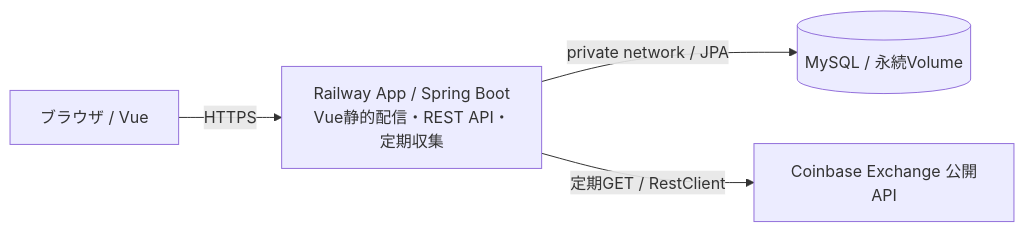
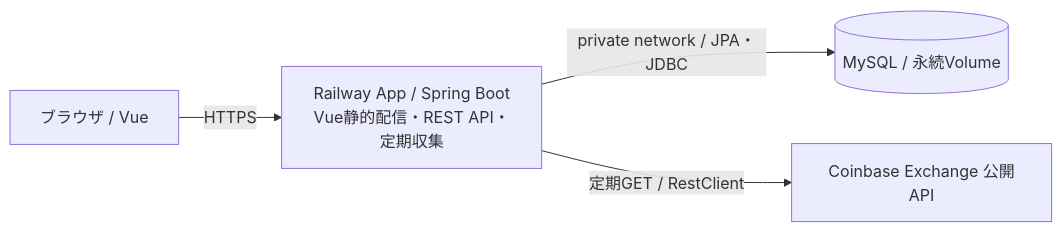
Before and after one commit to Omelette4897/crypto-market-monitor: the diagram in README.md, drawn with Mermaid. The commit also changed other lines of this file and 12 other files, not shown here.

````diff
--- a/README.md
+++ b/README.md
@@ -32,6 +42,6 @@
 ```mermaid
 flowchart LR
   Browser[ブラウザ / Vue] -->|HTTPS| App[Railway App / Spring Boot<br/>Vue静的配信・REST API・定期収集]
-  App -->|private network / JPA| DB[(MySQL / 永続Volume)]
+  App -->|private network / JPA・JDBC| DB[(MySQL / 永続Volume)]
   App -->|定期GET / RestClient| Coinbase[Coinbase Exchange 公開API]
 ```
````
